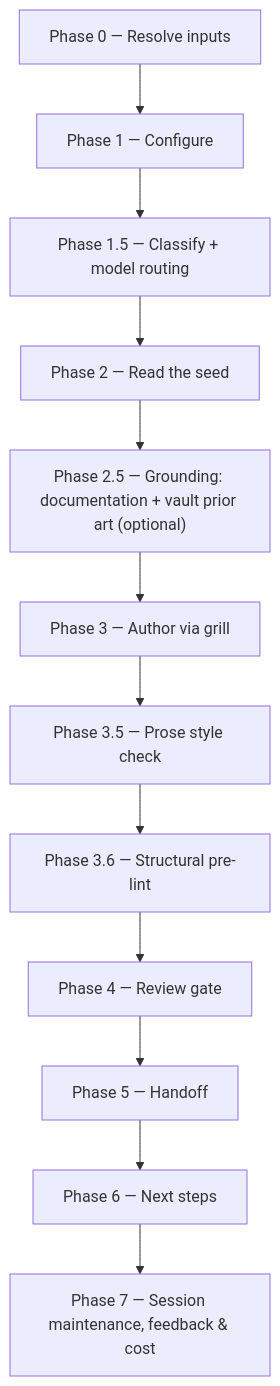
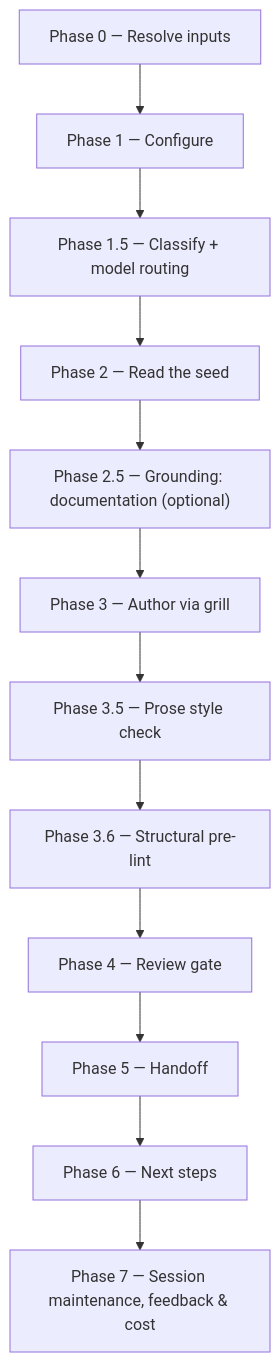
The diagram in plugins/dev-workflows/docs/commands/create-prd.md (ihudak/ihudak-claude-plugins), drawn with Mermaid before and after one commit. The commit also changed other lines of this file and 16 other files, not shown here.

````diff
--- a/plugins/dev-workflows/docs/commands/create-prd.md
+++ b/plugins/dev-workflows/docs/commands/create-prd.md
@@ -25,14 +25,14 @@
 ```mermaid
 flowchart TD
     p0["Phase 0 — Resolve inputs"] --> p1["Phase 1 — Configure"]
     p1 --> p15["Phase 1.5 — Classify + model routing"]
     p15 --> p2["Phase 2 — Read the seed"]
-    p2 --> p25["Phase 2.5 — Grounding: documentation + vault prior art (optional)"]
+    p2 --> p25["Phase 2.5 — Grounding: documentation (optional)"]
     p25 --> p3["Phase 3 — Author via grill"]
     p3 --> p35["Phase 3.5 — Prose style check"]
     p35 --> p36["Phase 3.6 — Structural pre-lint"]
     p36 --> p4["Phase 4 — Review gate"]
     p4 --> p5["Phase 5 — Handoff"]
     p5 --> p6["Phase 6 — Next steps"]
     p6 --> p7["Phase 7 — Session maintenance, feedback & cost"]
 ```
````
